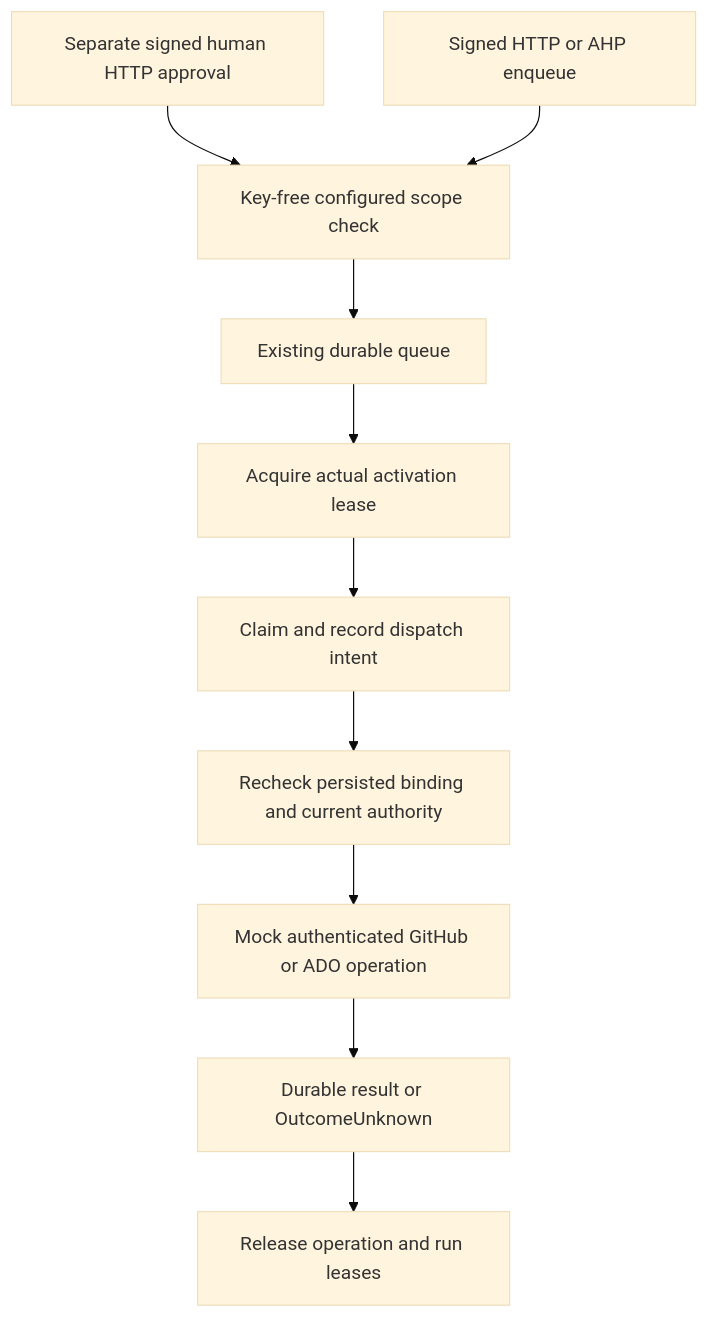
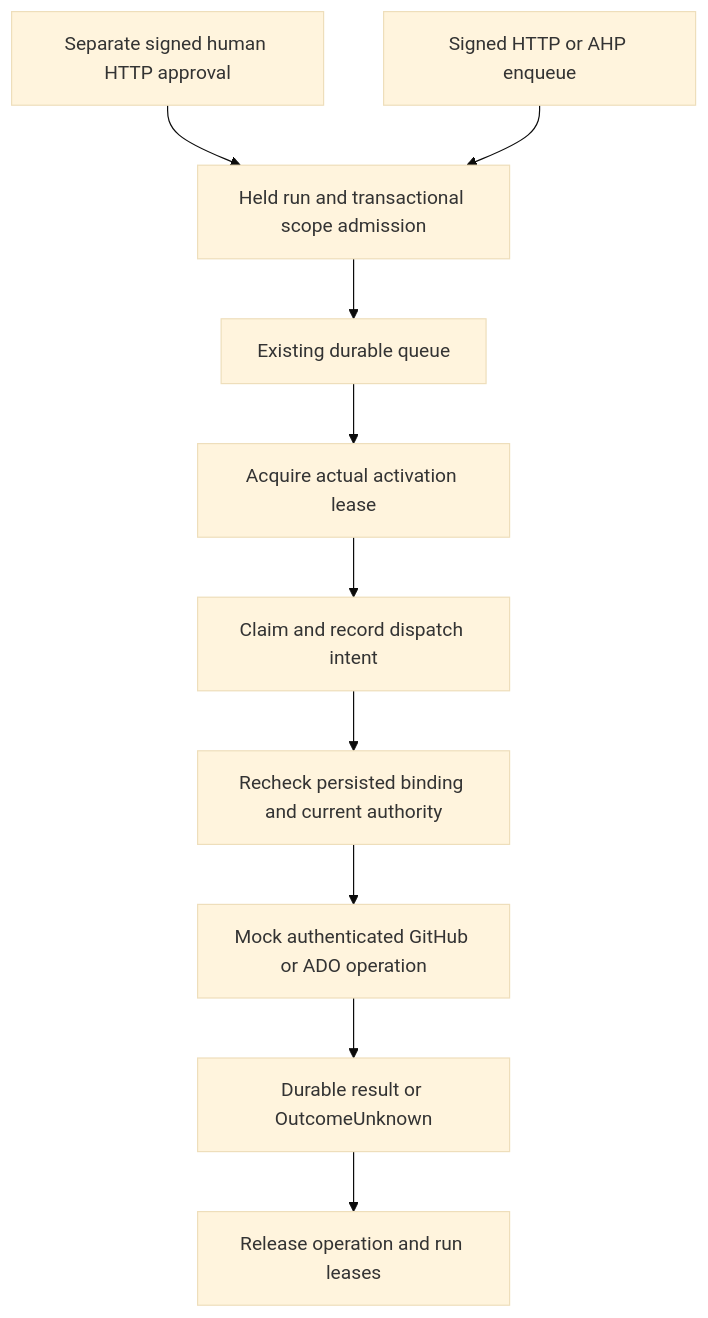
Before and after one commit to Enetact/Bicep: the diagram in docs/foundation-bound-pipeline-consumer.md, drawn with Mermaid (base theme). The commit also changed other lines of this file and 28 other files, not shown here.

````diff
--- a/docs/foundation-bound-pipeline-consumer.md
+++ b/docs/foundation-bound-pipeline-consumer.md
@@ -9,12 +9,12 @@
 ```mermaid
 flowchart TD
-    H[Separate signed human HTTP approval] --> P[Key-free configured scope check]
+    H[Separate signed human HTTP approval] --> P[Held run and transactional scope admission]
     A[Signed HTTP or AHP enqueue] --> P
     P --> Q[Existing durable queue]
     Q --> L[Acquire actual activation lease]
     L --> C[Claim and record dispatch intent]
     C --> V[Recheck persisted binding and current authority]
     V --> M[Mock authenticated GitHub or ADO operation]
     M --> O[Durable result or OutcomeUnknown]
     O --> R[Release operation and run leases]
 ```
````
